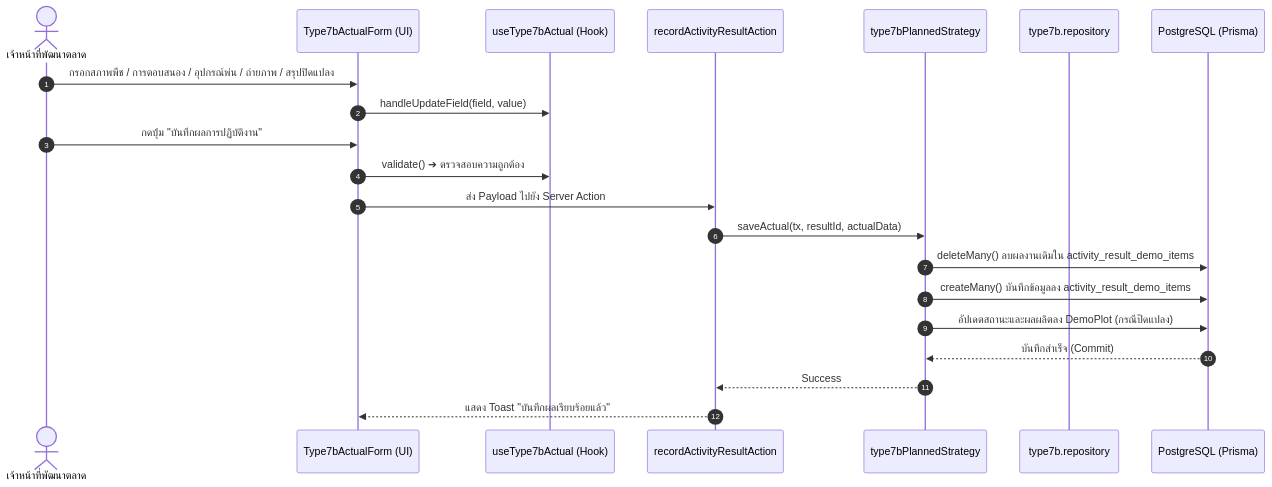
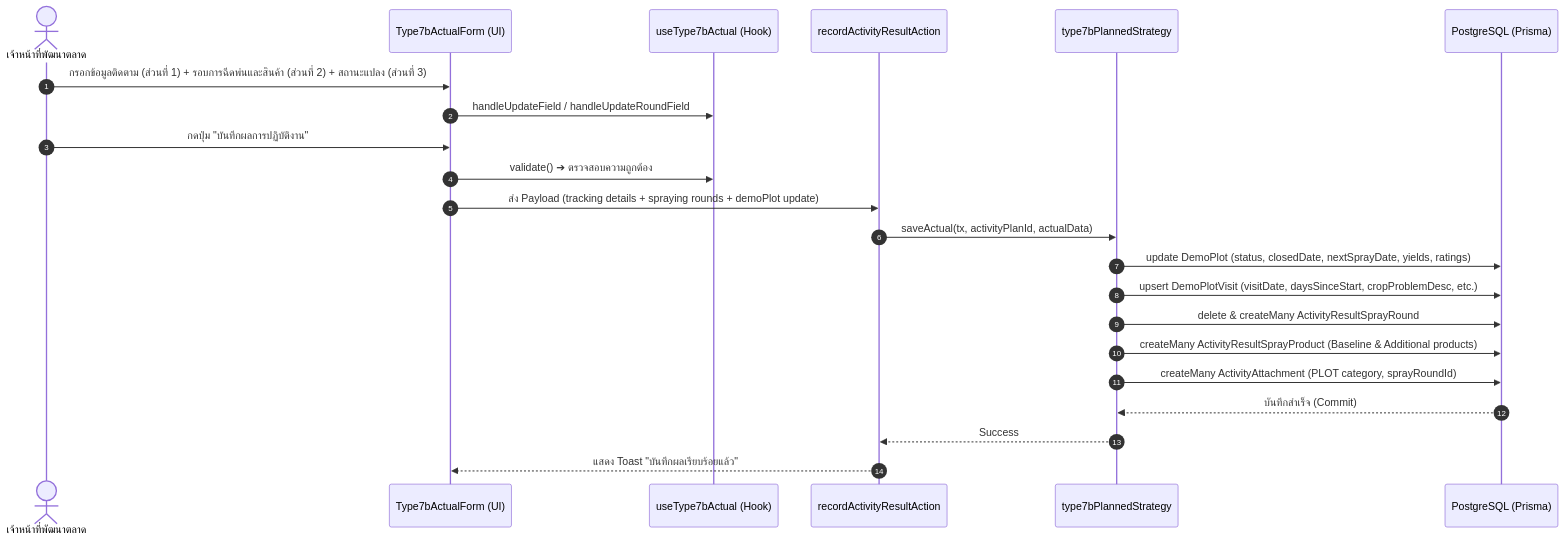
The third of 3 diagrams in modules/activity/features/type-7b/README.md (bankhk10/crm-bank), drawn with Mermaid before and after one commit. The commit also changed other lines of this file and 7 other files, not shown here.

````diff
--- a/modules/activity/features/type-7b/README.md
+++ b/modules/activity/features/type-7b/README.md
@@ -235,24 +238,25 @@
 ```mermaid
 sequenceDiagram
     autonumber
     actor User as เจ้าหน้าที่พัฒนาตลาด
     participant Form as Type7bActualForm (UI)
     participant Hook as useType7bActual (Hook)
     participant Action as recordActivityResultAction
     participant Strategy as type7bPlannedStrategy
-    participant Repo as type7b.repository
     participant DB as PostgreSQL (Prisma)
 
-    User->>Form: กรอกสภาพพืช / การตอบสนอง / อุปกรณ์พ่น / ถ่ายภาพ / สรุปปิดแปลง
-    Form->>Hook: handleUpdateField(field, value)
+    User->>Form: กรอกข้อมูลติดตาม (ส่วนที่ 1) + รอบการฉีดพ่นและสินค้า (ส่วนที่ 2) + สถานะแปลง (ส่วนที่ 3)
+    Form->>Hook: handleUpdateField / handleUpdateRoundField
     User->>Form: กดปุ่ม "บันทึกผลการปฏิบัติงาน"
     Form->>Hook: validate() ➔ ตรวจสอบความถูกต้อง
-    Form->>Action: ส่ง Payload ไปยัง Server Action
-    Action->>Strategy: saveActual(tx, resultId, actualData)
-    Strategy->>DB: deleteMany() ลบผลงานเดิมใน activity_result_demo_items
-    Strategy->>DB: createMany() บันทึกข้อมูลลง activity_result_demo_items
-    Strategy->>DB: อัปเดตสถานะและผลผลิตลง DemoPlot (กรณีปิดแปลง)
+    Form->>Action: ส่ง Payload (tracking details + spraying rounds + demoPlot update)
+    Action->>Strategy: saveActual(tx, activityPlanId, actualData)
+    Strategy->>DB: update DemoPlot (status, closedDate, nextSprayDate, yields, ratings)
+    Strategy->>DB: upsert DemoPlotVisit (visitDate, daysSinceStart, cropProblemDesc, etc.)
+    Strategy->>DB: delete & createMany ActivityResultSprayRound
+    Strategy->>DB: createMany ActivityResultSprayProduct (Baseline & Additional products)
+    Strategy->>DB: createMany ActivityAttachment (PLOT category, sprayRoundId)
     DB-->>Strategy: บันทึกสำเร็จ (Commit)
     Strategy-->>Action: Success
     Action-->>Form: แสดง Toast "บันทึกผลเรียบร้อยแล้ว"
 ```
````
